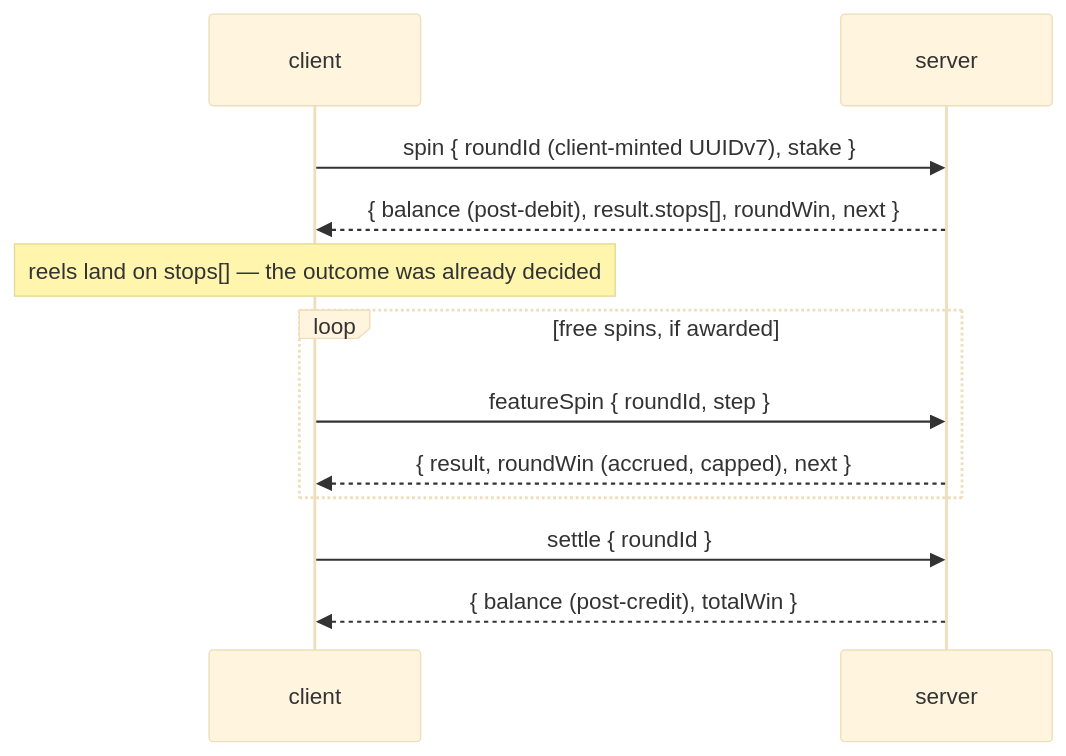
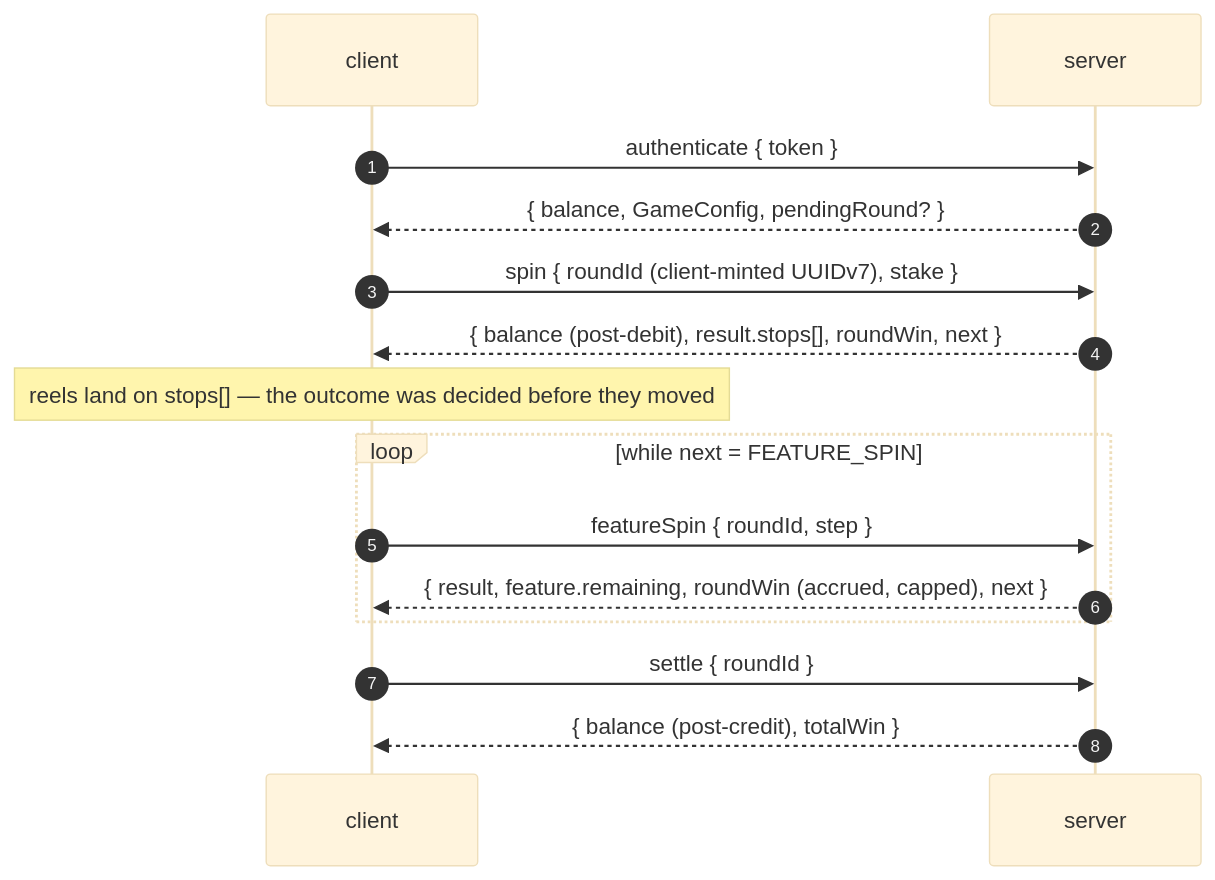
The third of 4 diagrams in README.md (KuliyevMerdan/slots), drawn with Mermaid (base theme) before and after one commit. The commit also changed other lines of this file, not shown here.

````diff
--- a/README.md
+++ b/README.md
@@ -56,14 +196,17 @@
 ```mermaid
 sequenceDiagram
+    autonumber
     participant C as client
     participant S as server
+    C->>S: authenticate { token }
+    S-->>C: { balance, GameConfig, pendingRound? }
     C->>S: spin { roundId (client-minted UUIDv7), stake }
     S-->>C: { balance (post-debit), result.stops[], roundWin, next }
-    Note over C: reels land on stops[] — the outcome was already decided
-    loop free spins, if awarded
+    Note over C: reels land on stops[] — the outcome was decided before they moved
+    loop while next = FEATURE_SPIN
         C->>S: featureSpin { roundId, step }
-        S-->>C: { result, roundWin (accrued, capped), next }
+        S-->>C: { result, feature.remaining, roundWin (accrued, capped), next }
     end
     C->>S: settle { roundId }
     S-->>C: { balance (post-credit), totalWin }
 ```
````
